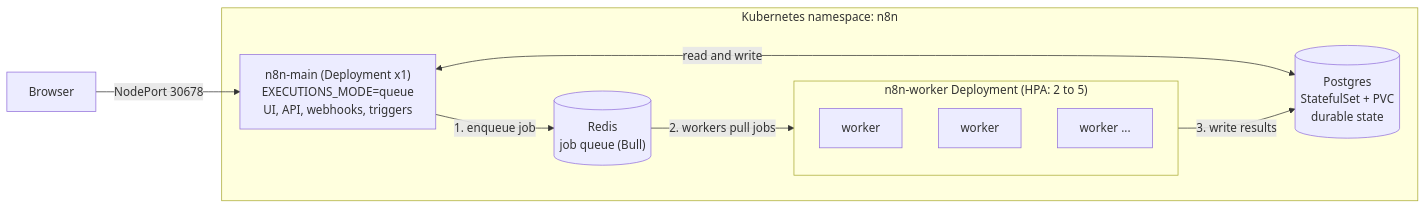
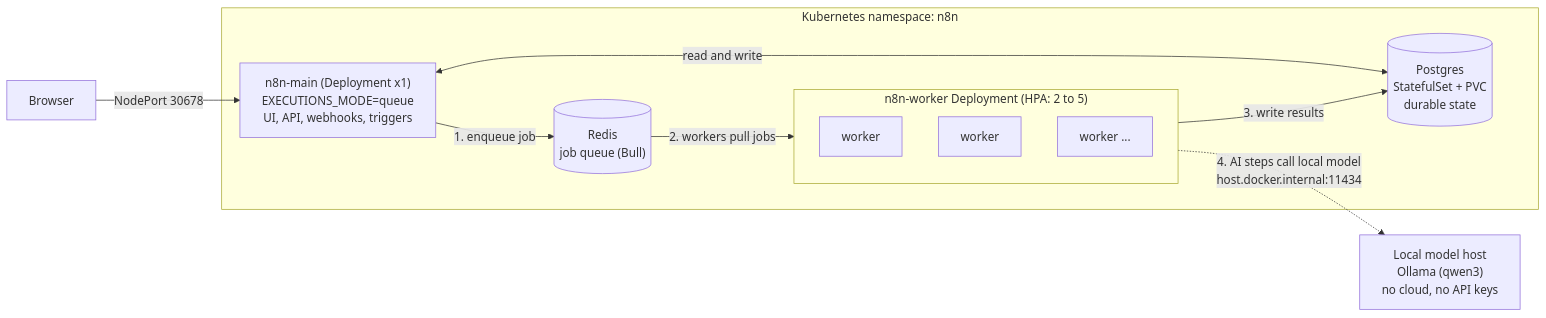
One commit to SFX-TECH/n8n-selfhost-k8s changed the first of 2 diagrams in README.md. Above: the diagram before and after it, drawn with Mermaid. The commit also changed other lines of this file and 1 other file, not shown here.

First line of the commit message:
docs(readme): add the live operations-mesh proof-of-use and Ollama in the diagram (#1)

````diff
--- a/README.md
+++ b/README.md
@@ -103,21 +104,24 @@
 ```mermaid
 flowchart LR
     U["Browser"]
 
     subgraph NS["Kubernetes namespace: n8n"]
         M["n8n-main (Deployment x1)<br/>EXECUTIONS_MODE=queue<br/>UI, API, webhooks, triggers"]
         R[("Redis<br/>job queue (Bull)")]
         PG[("Postgres<br/>StatefulSet + PVC<br/>durable state")]
         subgraph WK["n8n-worker Deployment (HPA: 2 to 5)"]
             W1["worker"]
             W2["worker"]
             W3["worker ..."]
         end
     end
 
+    OL["Local model host<br/>Ollama (qwen3)<br/>no cloud, no API keys"]
+
     U -->|"NodePort 30678"| M
     M -->|"1. enqueue job"| R
     R -->|"2. workers pull jobs"| WK
     WK -->|"3. write results"| PG
     M <-->|"read and write"| PG
+    WK -. "4. AI steps call local model<br/>host.docker.internal:11434" .-> OL
 ```
````
